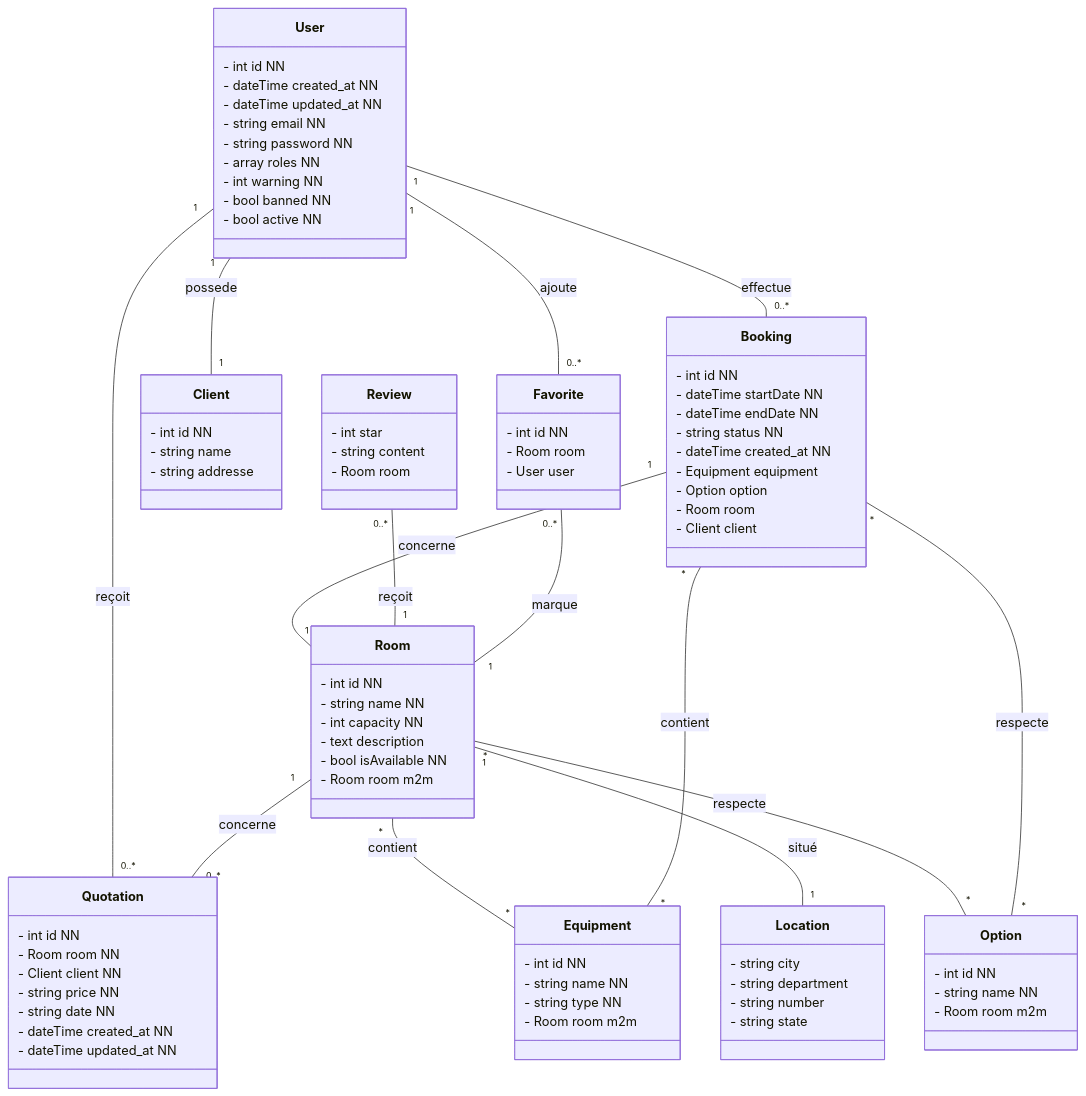
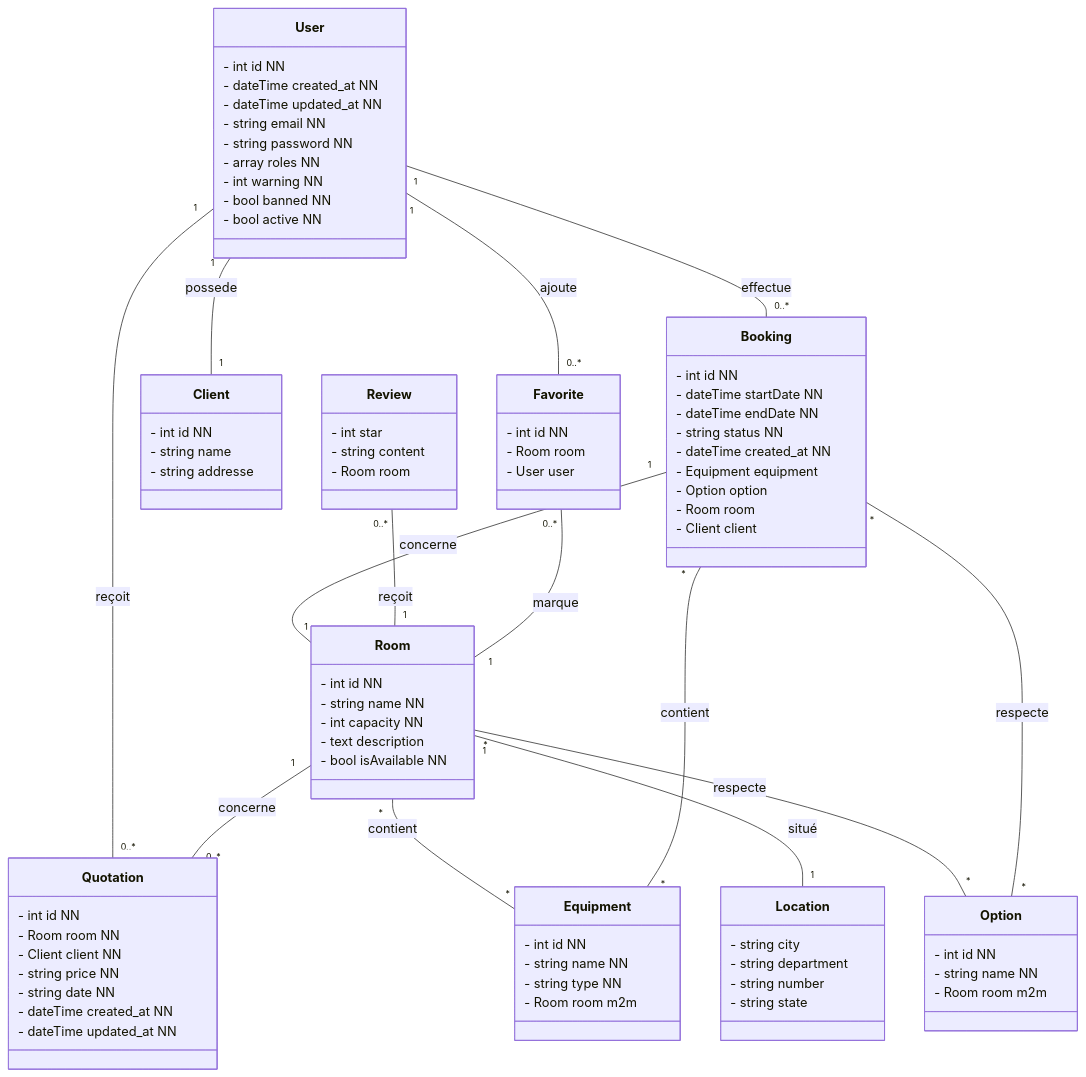
One commit to TraoreHamza/reservation changed the first of 8 diagrams in diagramme.md. Above: the diagram before and after it, drawn with Mermaid. The commit also changed 4 other files, not shown here.

```diff
--- a/diagramme.md
+++ b/diagramme.md
@@ -58,7 +58,7 @@
     - int capacity NN
     - text description
     - bool isAvailable NN
-    - Room room m2m
+  
     }
 
   class Booking {
```
